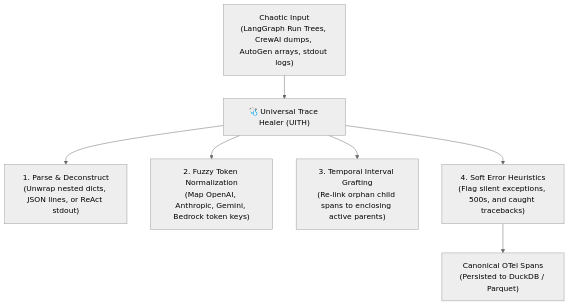
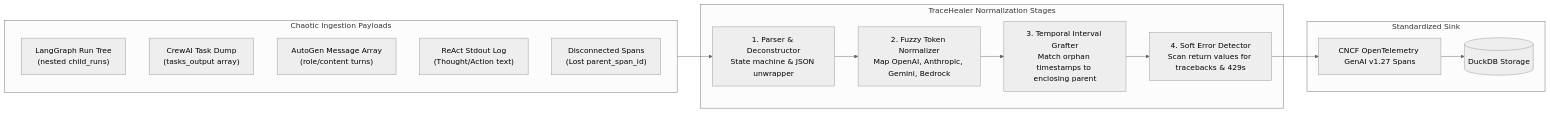
The fifth of 6 diagrams in docs/USER_MANUAL.md (chetan15994-alt/nanotrace), drawn with Mermaid (neutral theme) before and after one commit. The commit also changed other lines of this file and 2 other files, not shown here.

````diff
--- a/docs/USER_MANUAL.md
+++ b/docs/USER_MANUAL.md
@@ -324,11 +146,29 @@
 ```mermaid
-flowchart TD
-    RawLogs["Chaotic Input\n(LangGraph Run Trees, CrewAI dumps, AutoGen arrays, stdout logs)"] --> Healer["🩺 Universal Trace Healer (UITH)"]
-    
-    Healer --> Step1["1. Parse & Deconstruct\n(Unwrap nested dicts, JSON lines, or ReAct stdout)"]
-    Healer --> Step2["2. Fuzzy Token Normalization\n(Map OpenAI, Anthropic, Gemini, Bedrock token keys)"]
-    Healer --> Step3["3. Temporal Interval Grafting\n(Re-link orphan child spans to enclosing active parents)"]
-    Healer --> Step4["4. Soft Error Heuristics\n(Flag silent exceptions, 500s, and caught tracebacks)"]
-    
-    Step4 --> Canonical["Canonical OTel Spans\n(Persisted to DuckDB / Parquet)"]
+flowchart LR
+    subgraph DirtyLogs["Chaotic Ingestion Payloads"]
+        LangGraph["LangGraph Run Tree\n(nested child_runs)"]
+        CrewAI["CrewAI Task Dump\n(tasks_output array)"]
+        AutoGen["AutoGen Message Array\n(role/content turns)"]
+        ReAct["ReAct Stdout Log\n(Thought/Action text)"]
+        Orphans["Disconnected Spans\n(Lost parent_span_id)"]
+    end
+
+    subgraph HealerPipeline["TraceHealer Normalization Stages"]
+        P1["1. Parser & Deconstructor\nState machine & JSON unwrapper"]
+        P2["2. Fuzzy Token Normalizer\nMap OpenAI, Anthropic, Gemini, Bedrock"]
+        P3["3. Temporal Interval Grafter\nMatch orphan timestamps to enclosing parent"]
+        P4["4. Soft Error Detector\nScan return values for tracebacks & 429s"]
+    end
+
+    subgraph Canonical["Standardized Sink"]
+        OTelSpans["CNCF OpenTelemetry GenAI v1.27 Spans"]
+        DuckDBLakehouse[("DuckDB Storage")]
+    end
+
+    DirtyLogs --> P1
+    P1 --> P2
+    P2 --> P3
+    P3 --> P4
+    P4 --> OTelSpans
+    OTelSpans --> DuckDBLakehouse
 ```
````
